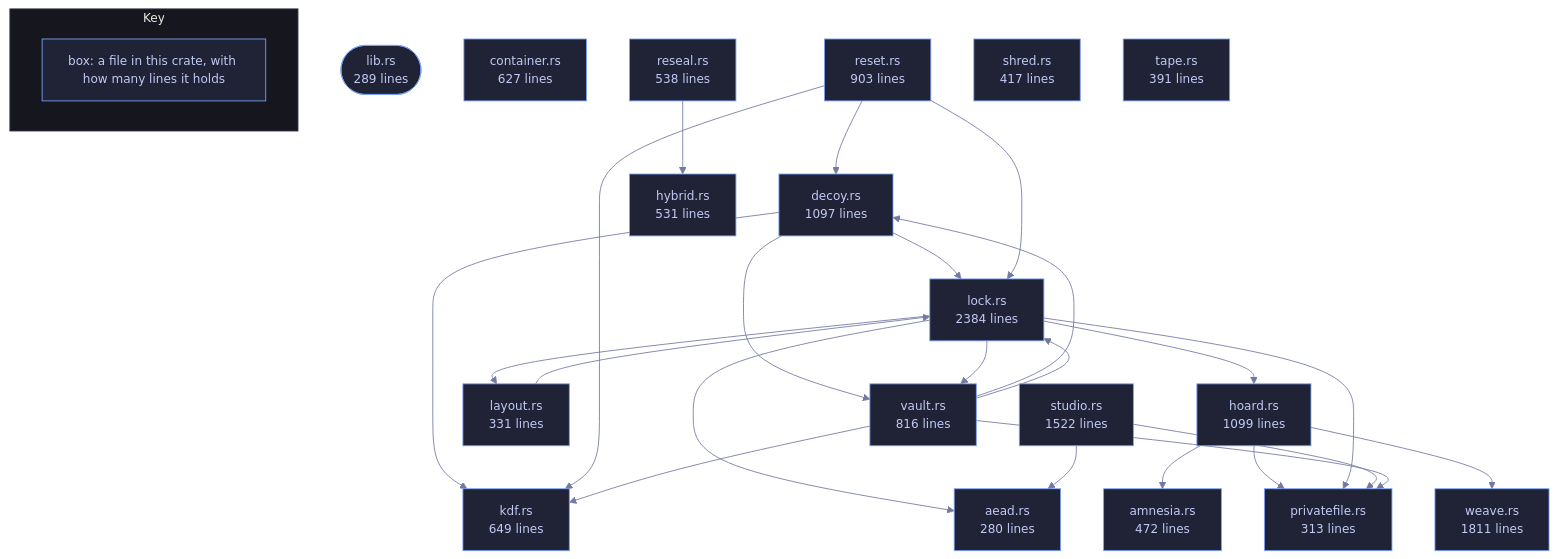
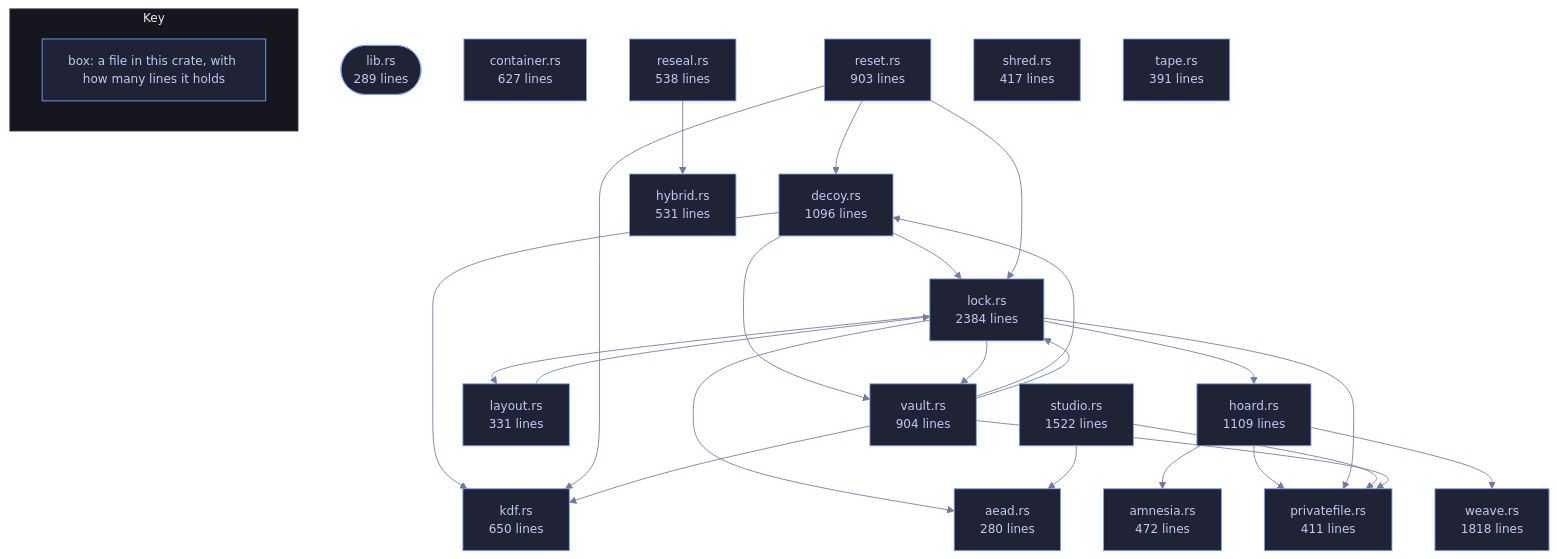
Before and after one commit to tilas01/veilvoice: the diagram in crates/veilvoice-crypto/README.md, drawn with Mermaid. The commit also changed other lines of this file and 514 other files, not shown here.

````diff
--- a/crates/veilvoice-crypto/README.md
+++ b/crates/veilvoice-crypto/README.md
@@ -108,66 +108,66 @@
 ```mermaid
 %%{init: {"theme":"base","themeVariables":{"background":"#1a1b26","primaryColor":"#1f2335","primaryTextColor":"#c0caf5","primaryBorderColor":"#7aa2f7","secondaryColor":"#16161e","tertiaryColor":"#16161e","lineColor":"#737aa2","textColor":"#c0caf5","mainBkg":"#1f2335","nodeBorder":"#7aa2f7","clusterBkg":"#16161e","clusterBorder":"#2f3549","fontFamily":"ui-monospace, SFMono-Regular, Consolas, monospace","fontSize":"14px"}}}%%
 flowchart TD
     n_lib(["lib.rs<br/>289 lines"])
     n_aead["aead.rs<br/>280 lines"]
     n_amnesia["amnesia.rs<br/>472 lines"]
     n_container["container.rs<br/>627 lines"]
-    n_decoy["decoy.rs<br/>1097 lines"]
-    n_hoard["hoard.rs<br/>1099 lines"]
+    n_decoy["decoy.rs<br/>1096 lines"]
+    n_hoard["hoard.rs<br/>1109 lines"]
     n_hybrid["hybrid.rs<br/>531 lines"]
-    n_kdf["kdf.rs<br/>649 lines"]
+    n_kdf["kdf.rs<br/>650 lines"]
     n_layout["layout.rs<br/>331 lines"]
     n_lock["lock.rs<br/>2384 lines"]
-    n_privatefile["privatefile.rs<br/>313 lines"]
+    n_privatefile["privatefile.rs<br/>411 lines"]
     n_reseal["reseal.rs<br/>538 lines"]
     n_reset["reset.rs<br/>903 lines"]
     n_shred["shred.rs<br/>417 lines"]
     n_studio["studio.rs<br/>1522 lines"]
     n_tape["tape.rs<br/>391 lines"]
-    n_vault["vault.rs<br/>816 lines"]
-    n_weave["weave.rs<br/>1811 lines"]
+    n_vault["vault.rs<br/>904 lines"]
+    n_weave["weave.rs<br/>1818 lines"]
     n_decoy --> n_kdf
     n_decoy --> n_lock
     n_decoy --> n_vault
     n_hoard --> n_amnesia
     n_hoard --> n_privatefile
     n_hoard --> n_weave
     n_layout --> n_lock
     n_lock --> n_aead
     n_lock --> n_hoard
     n_lock --> n_layout
     n_lock --> n_privatefile
     n_lock --> n_vault
     n_reseal --> n_hybrid
     n_reset --> n_decoy
     n_reset --> n_kdf
     n_reset --> n_lock
     n_studio --> n_aead
     n_studio --> n_privatefile
     n_vault --> n_decoy
     n_vault --> n_kdf
     n_vault --> n_lock
     n_vault --> n_privatefile
     click n_lib href "https://github.com/tilas01/veilvoice/blob/main/crates/veilvoice-crypto/src/lib.rs" "open the source"
     click n_aead href "https://github.com/tilas01/veilvoice/blob/main/crates/veilvoice-crypto/src/aead.rs" "open the source"
     click n_amnesia href "https://github.com/tilas01/veilvoice/blob/main/crates/veilvoice-crypto/src/amnesia.rs" "open the source"
     click n_container href "https://github.com/tilas01/veilvoice/blob/main/crates/veilvoice-crypto/src/container.rs" "open the source"
     click n_decoy href "https://github.com/tilas01/veilvoice/blob/main/crates/veilvoice-crypto/src/decoy.rs" "open the source"
     click n_hoard href "https://github.com/tilas01/veilvoice/blob/main/crates/veilvoice-crypto/src/hoard.rs" "open the source"
     click n_hybrid href "https://github.com/tilas01/veilvoice/blob/main/crates/veilvoice-crypto/src/hybrid.rs" "open the source"
     click n_kdf href "https://github.com/tilas01/veilvoice/blob/main/crates/veilvoice-crypto/src/kdf.rs" "open the source"
     click n_layout href "https://github.com/tilas01/veilvoice/blob/main/crates/veilvoice-crypto/src/layout.rs" "open the source"
     click n_lock href "https://github.com/tilas01/veilvoice/blob/main/crates/veilvoice-crypto/src/lock.rs" "open the source"
     click n_privatefile href "https://github.com/tilas01/veilvoice/blob/main/crates/veilvoice-crypto/src/privatefile.rs" "open the source"
     click n_reseal href "https://github.com/tilas01/veilvoice/blob/main/crates/veilvoice-crypto/src/reseal.rs" "open the source"
     click n_reset href "https://github.com/tilas01/veilvoice/blob/main/crates/veilvoice-crypto/src/reset.rs" "open the source"
     click n_shred href "https://github.com/tilas01/veilvoice/blob/main/crates/veilvoice-crypto/src/shred.rs" "open the source"
     click n_studio href "https://github.com/tilas01/veilvoice/blob/main/crates/veilvoice-crypto/src/studio.rs" "open the source"
     click n_tape href "https://github.com/tilas01/veilvoice/blob/main/crates/veilvoice-crypto/src/tape.rs" "open the source"
     click n_vault href "https://github.com/tilas01/veilvoice/blob/main/crates/veilvoice-crypto/src/vault.rs" "open the source"
     click n_weave href "https://github.com/tilas01/veilvoice/blob/main/crates/veilvoice-crypto/src/weave.rs" "open the source"
     subgraph chart_key ["Key"]
         direction LR
         key_box["box: a file in this crate, with how many lines it holds"]
     end
 ```
````
